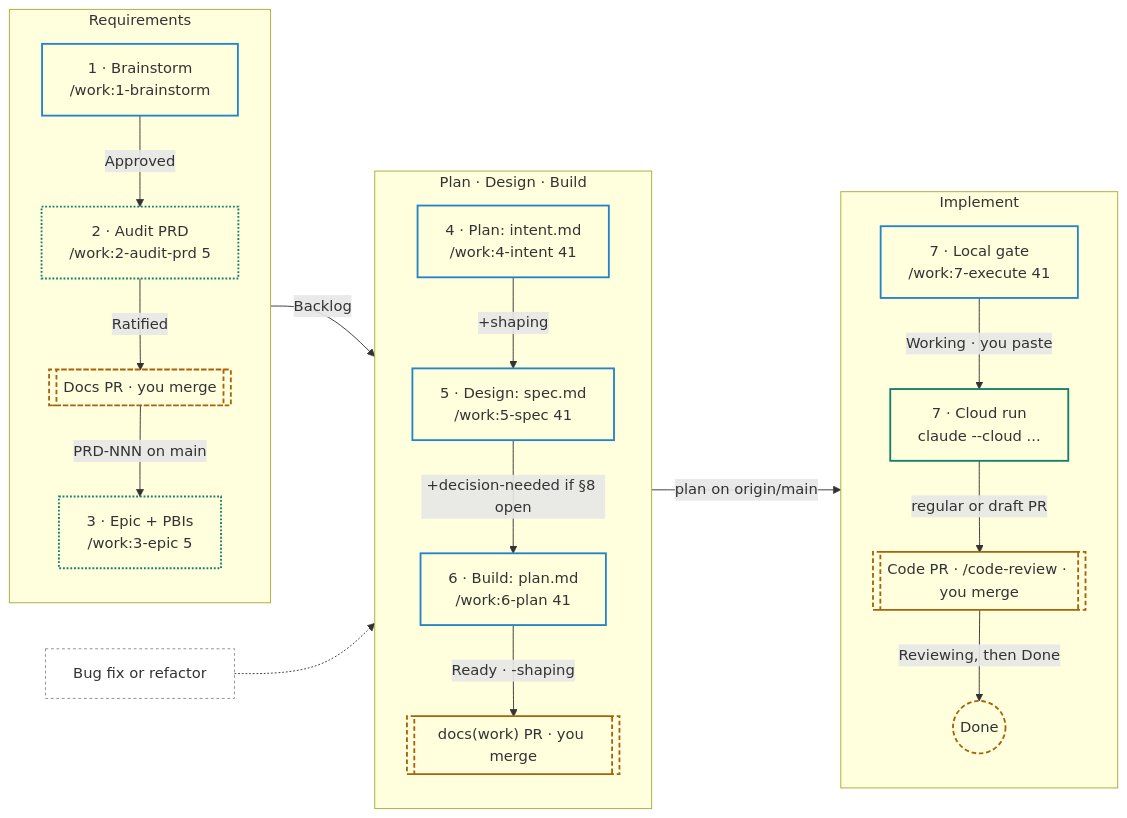
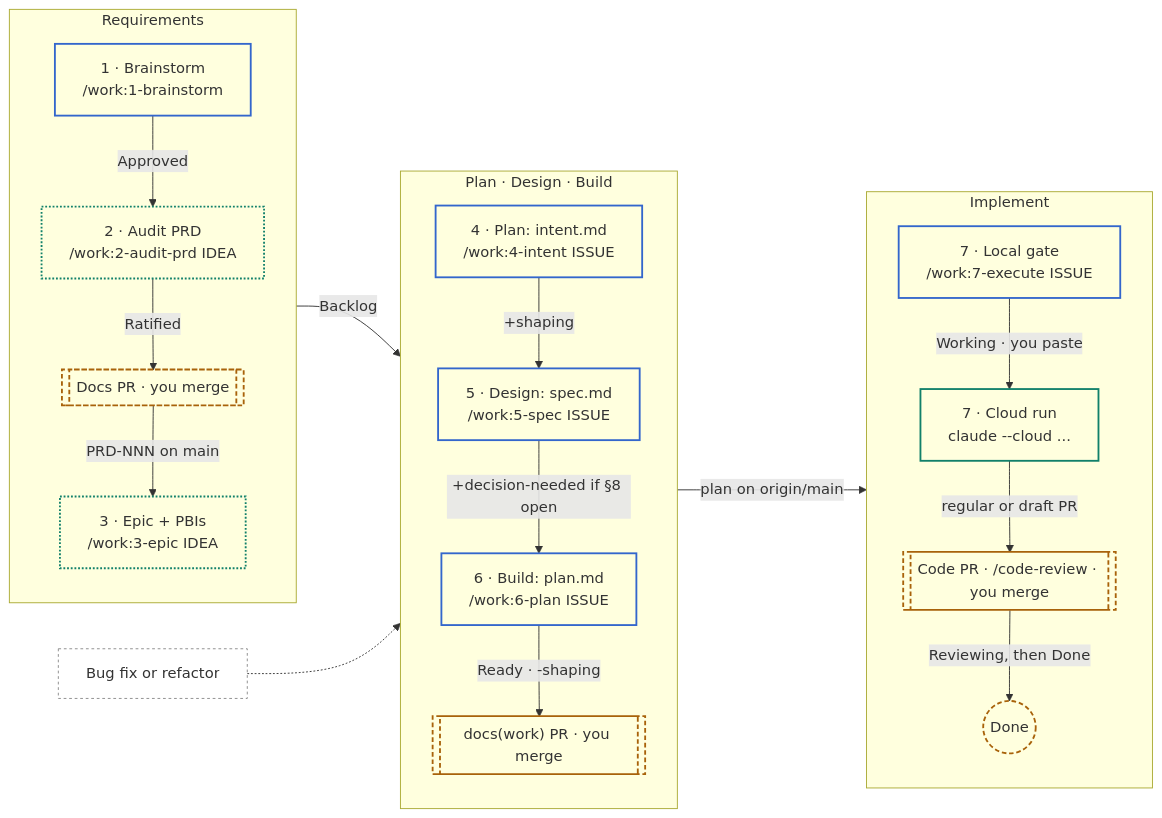
One commit to Cueserve/cs-cueviksync changed the diagram in docs/work/README.md. Above: the diagram before and after it, drawn with Mermaid. The commit also changed other lines of this file and 2 other files, not shown here.

Commit message:
docs(work): make the workflow PDF and diagram project-neutral
The PDF is renamed delivery-workflow.pdf and regenerated without
project names, board links or IDs, example issue numbers, or stack
specifics, in a neutral palette. The README's mermaid diagram uses
IDEA / ISSUE placeholders and the same neutral stroke colour; the rest
of the README stays the project's operating doc.

````diff
--- a/docs/work/README.md
+++ b/docs/work/README.md
@@ -73,44 +73,44 @@
 ```mermaid
 flowchart LR
     subgraph R["Requirements"]
         direction TB
         S1["1 · Brainstorm<br/>/work:1-brainstorm"]:::local
-        S2["2 · Audit PRD<br/>/work:2-audit-prd 5"]:::either
+        S2["2 · Audit PRD<br/>/work:2-audit-prd IDEA"]:::either
         PR1[["Docs PR · you merge"]]:::human
-        S3["3 · Epic + PBIs<br/>/work:3-epic 5"]:::either
+        S3["3 · Epic + PBIs<br/>/work:3-epic IDEA"]:::either
         S1 -- "Approved" --> S2
         S2 -- "Ratified" --> PR1
         PR1 -- "PRD-NNN on main" --> S3
     end
     subgraph W["Plan · Design · Build"]
         direction TB
-        S4["4 · Plan: intent.md<br/>/work:4-intent 41"]:::local
-        S5["5 · Design: spec.md<br/>/work:5-spec 41"]:::local
-        S6["6 · Build: plan.md<br/>/work:6-plan 41"]:::local
+        S4["4 · Plan: intent.md<br/>/work:4-intent ISSUE"]:::local
+        S5["5 · Design: spec.md<br/>/work:5-spec ISSUE"]:::local
+        S6["6 · Build: plan.md<br/>/work:6-plan ISSUE"]:::local
         PR2[["docs(work) PR · you merge"]]:::human
         S4 -- "+shaping" --> S5
         S5 -- "+decision-needed if §8 open" --> S6
         S6 -- "Ready · -shaping" --> PR2
     end
     subgraph I["Implement"]
         direction TB
-        S7a["7 · Local gate<br/>/work:7-execute 41"]:::local
+        S7a["7 · Local gate<br/>/work:7-execute ISSUE"]:::local
         S7b["7 · Cloud run<br/>claude --cloud ..."]:::cloud
         PR3[["Code PR · /code-review · you merge"]]:::human
         DONE(("Done")):::human
         S7a -- "Working · you paste" --> S7b
         S7b -- "regular or draft PR" --> PR3
         PR3 -- "Reviewing, then Done" --> DONE
     end
     BUG["Bug fix or refactor"]:::muted
 
     R -- "Backlog" --> W
     BUG -.-> W
     W -- "plan on origin/main" --> I
 
-    classDef local fill:transparent,stroke:#2384c6,stroke-width:2px
+    classDef local fill:transparent,stroke:#3366cc,stroke-width:2px
     classDef cloud fill:transparent,stroke:#11806a,stroke-width:2px
     classDef either fill:transparent,stroke:#11806a,stroke-width:2px,stroke-dasharray:2 2
     classDef human fill:transparent,stroke:#a8620a,stroke-width:2px,stroke-dasharray:5 3
     classDef muted fill:transparent,stroke:#8a8a8a,stroke-dasharray:3 3
 ```
````
